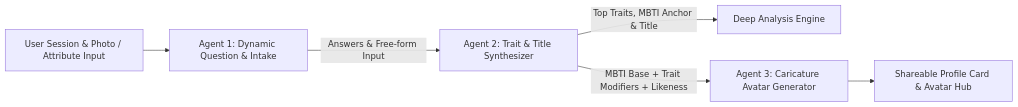
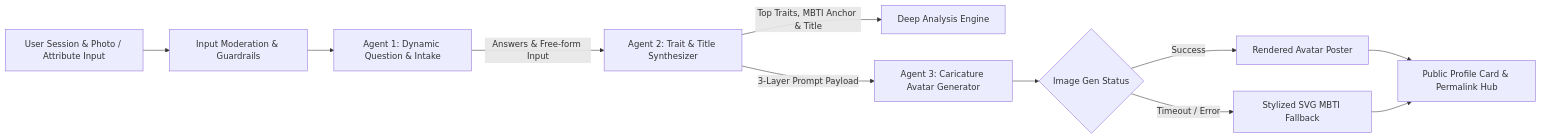
The diagram in docs/PRD.md (scottsimenel/jac-hacks-sf), drawn with Mermaid before and after one commit. The commit also changed other lines of this file and 2 other files, not shown here.

Commit message:
docs: patch 6 adversarial gaps (moderation, SVG fallbacks, permalinks, prompt hierarchy, API contracts, question bounds)

````diff
--- a/docs/PRD.md
+++ b/docs/PRD.md
@@ -34,8 +35,13 @@
 ```mermaid
 graph LR
-    User[User Session & Photo / Attribute Input] --> Agent1[Agent 1: Dynamic Question & Intake]
+    User[User Session & Photo / Attribute Input] --> Sanitize[Input Moderation & Guardrails]
+    Sanitize --> Agent1[Agent 1: Dynamic Question & Intake]
     Agent1 -->|Answers & Free-form Input| Agent2[Agent 2: Trait & Title Synthesizer]
     Agent2 -->|Top Traits, MBTI Anchor & Title| Deep[Deep Analysis Engine]
-    Agent2 -->|MBTI Base + Trait Modifiers + Likeness| Agent3[Agent 3: Caricature Avatar Generator]
-    Agent3 --> Card[Shareable Profile Card & Avatar Hub]
+    Agent2 -->|3-Layer Prompt Payload| Agent3[Agent 3: Caricature Avatar Generator]
+    Agent3 --> Fallback{Image Gen Status}
+    Fallback -->|Success| Poster[Rendered Avatar Poster]
+    Fallback -->|Timeout / Error| SVG[Stylized SVG MBTI Fallback]
+    Poster --> Card[Public Profile Card & Permalink Hub]
+    SVG --> Card
 ```
````
